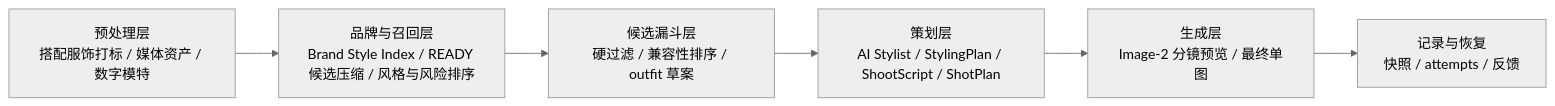
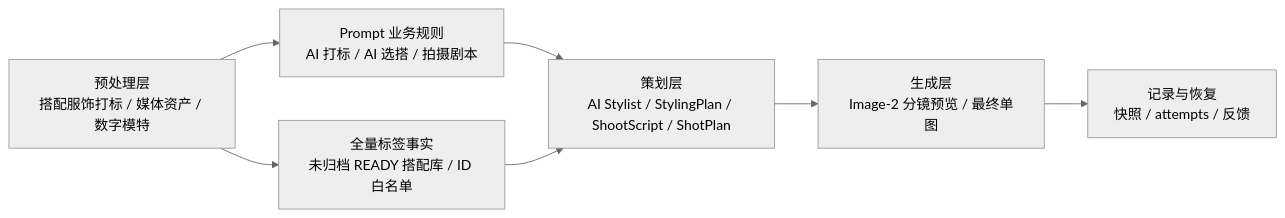
Before and after one commit to happyvchen/ruyi-dream: the diagram in design/01_generation_flow/generation_responsibility_matrix.md, drawn with Mermaid (neutral theme). The commit also changed other lines of this file and 12 other files, not shown here.

````diff
--- a/design/01_generation_flow/generation_responsibility_matrix.md
+++ b/design/01_generation_flow/generation_responsibility_matrix.md
@@ -64,8 +64,9 @@
 ```mermaid
 flowchart LR
-  A["预处理层<br/>搭配服饰打标 / 媒体资产 / 数字模特"] --> B["品牌与召回层<br/>Brand Style Index / READY 候选压缩 / 风格与风险排序"]
-  B --> C["候选漏斗层<br/>硬过滤 / 兼容性排序 / outfit 草案"]
-  C --> D0["策划层<br/>AI Stylist / StylingPlan / ShootScript / ShotPlan"]
+  A["预处理层<br/>搭配服饰打标 / 媒体资产 / 数字模特"] --> B["Prompt 业务规则<br/>AI 打标 / AI 选搭 / 拍摄剧本"]
+  A --> C["全量标签事实<br/>未归档 READY 搭配库 / ID 白名单"]
+  B --> D0["策划层<br/>AI Stylist / StylingPlan / ShootScript / ShotPlan"]
+  C --> D0
   D0 --> D["生成层<br/>Image-2 分镜预览 / 最终单图"]
   D --> E["记录与恢复<br/>快照 / attempts / 反馈"]
 ```
````
